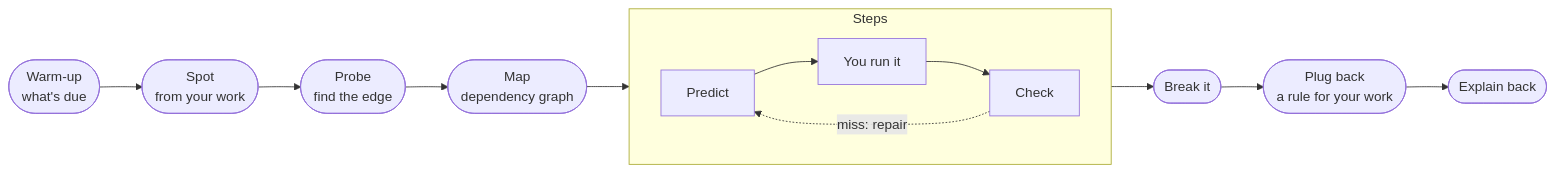
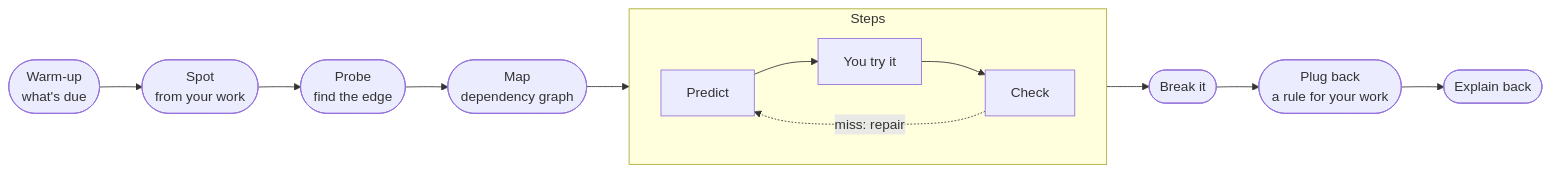
Before and after one commit to ITZSHOAIB/agent-tutor: the diagram in README.md, drawn with Mermaid. The commit also changed other lines of this file and 24 other files, not shown here.

````diff
--- a/README.md
+++ b/README.md
@@ -120,11 +122,11 @@
 ```mermaid
 flowchart LR
   W([Warm-up<br/>what's due]) --> S([Spot<br/>from your work]) --> P([Probe<br/>find the edge]) --> M([Map<br/>dependency graph])
   M --> T
   subgraph T [Steps]
     direction LR
-    pr[Predict] --> ru[You run it] --> ch[Check]
+    pr[Predict] --> ru[You try it] --> ch[Check]
     ch -. miss: repair .-> pr
   end
   T --> B([Break it]) --> PB([Plug back<br/>a rule for your work]) --> E([Explain back])
 ```
````
